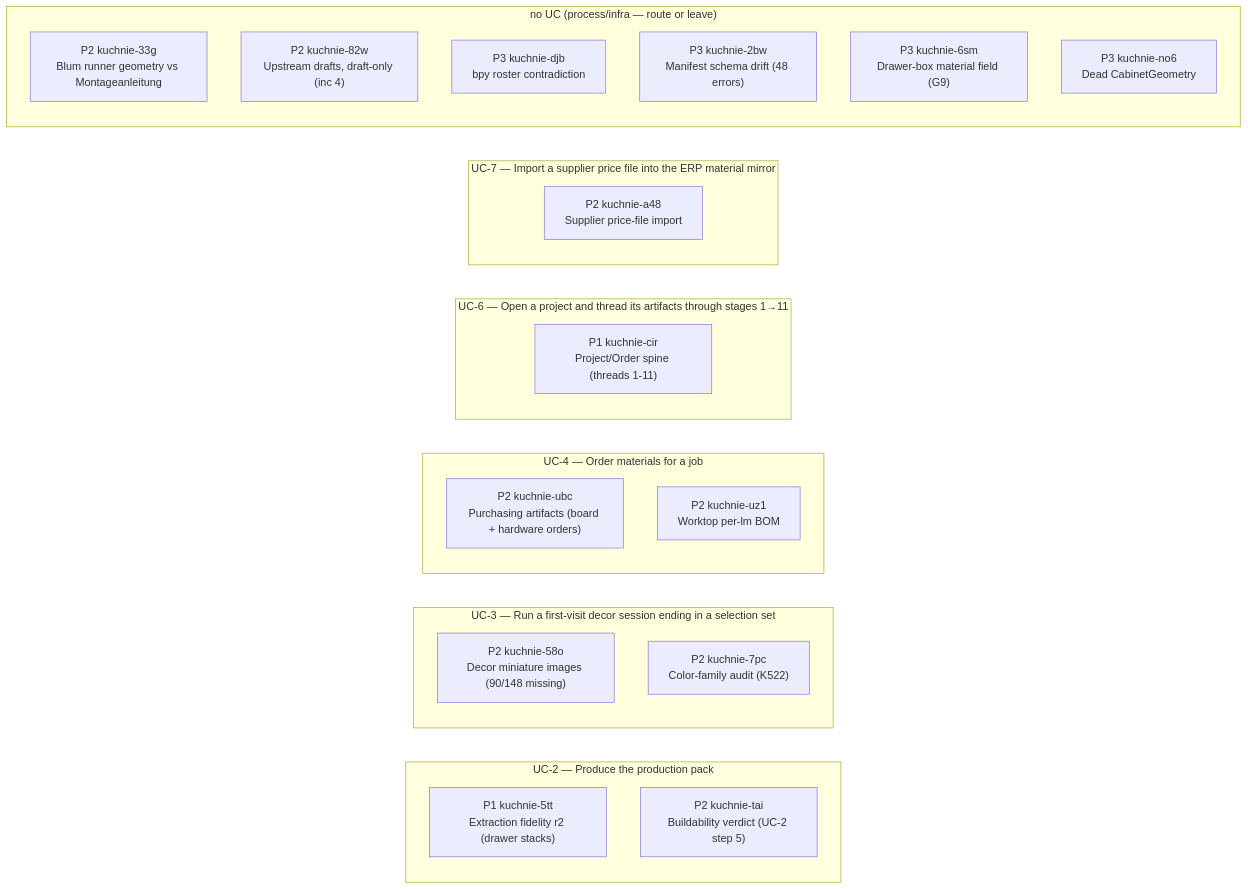
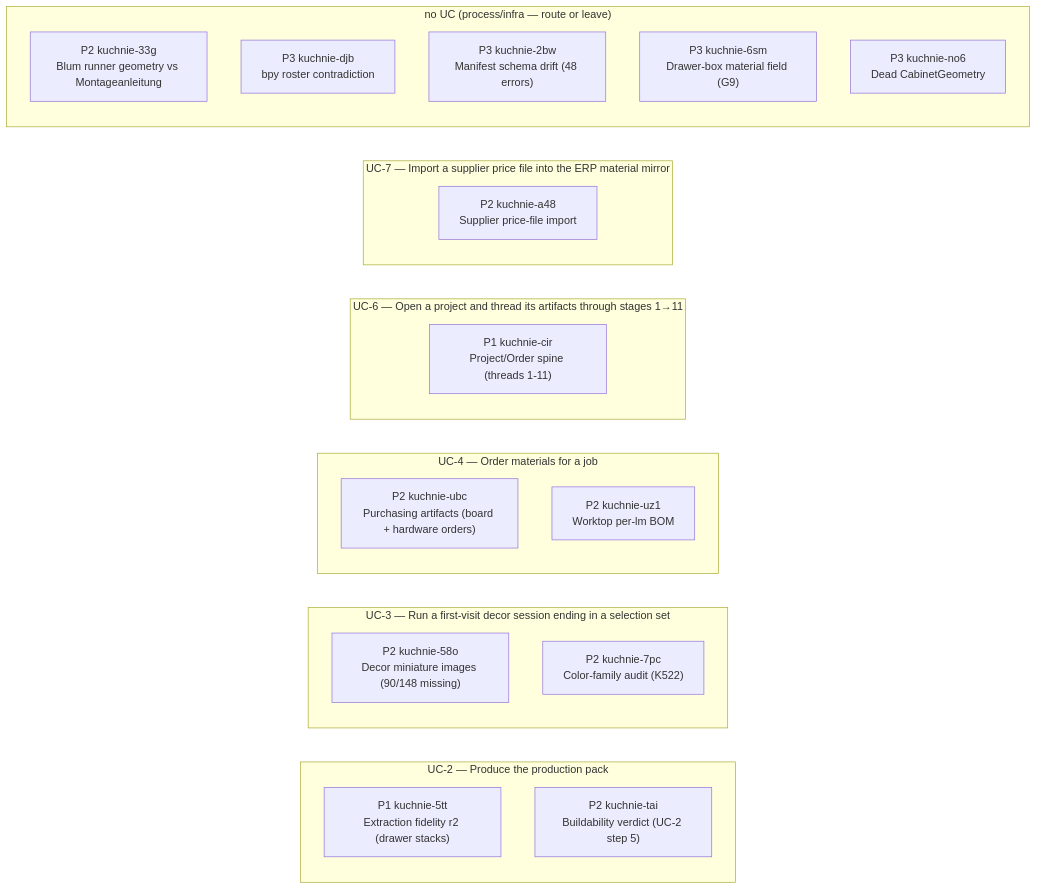
One commit to m1981/kuchnie changed the second of 2 diagrams in STATUS.md. Above: the diagram before and after it, drawn with Mermaid. The commit also changed other lines of this file and 2 other files, not shown here.

Commit message:
truth: inc 4 closed (wk-3894b44c -> tr-6fc8515b); Phase 1 complete; STATUS regenerated

````diff
--- a/STATUS.md
+++ b/STATUS.md
@@ -84,29 +80,28 @@
 ```mermaid
 flowchart LR
     subgraph gUC_2 ["UC-2 — Produce the production pack"]
         u_kuchnie_5tt["P1 kuchnie-5tt<br/>Extraction fidelity r2 (drawer stacks)"]
         u_kuchnie_tai["P2 kuchnie-tai<br/>Buildability verdict (UC-2 step 5)"]
     end
     subgraph gUC_3 ["UC-3 — Run a first-visit decor session ending in a selection set"]
         u_kuchnie_58o["P2 kuchnie-58o<br/>Decor miniature images (90/148 missing)"]
         u_kuchnie_7pc["P2 kuchnie-7pc<br/>Color-family audit (K522)"]
     end
     subgraph gUC_4 ["UC-4 — Order materials for a job"]
         u_kuchnie_ubc["P2 kuchnie-ubc<br/>Purchasing artifacts (board + hardware orders)"]
         u_kuchnie_uz1["P2 kuchnie-uz1<br/>Worktop per-lm BOM"]
     end
     subgraph gUC_6 ["UC-6 — Open a project and thread its artifacts through stages 1→11"]
         u_kuchnie_cir["P1 kuchnie-cir<br/>Project/Order spine (threads 1-11)"]
     end
     subgraph gUC_7 ["UC-7 — Import a supplier price file into the ERP material mirror"]
         u_kuchnie_a48["P2 kuchnie-a48<br/>Supplier price-file import"]
     end
     subgraph g_none ["no UC (process/infra — route or leave)"]
         u_kuchnie_33g["P2 kuchnie-33g<br/>Blum runner geometry vs Montageanleitung"]
-        u_kuchnie_82w["P2 kuchnie-82w<br/>Upstream drafts, draft-only (inc 4)"]
         u_kuchnie_djb["P3 kuchnie-djb<br/>bpy roster contradiction"]
         u_kuchnie_2bw["P3 kuchnie-2bw<br/>Manifest schema drift (48 errors)"]
         u_kuchnie_6sm["P3 kuchnie-6sm<br/>Drawer-box material field (G9)"]
         u_kuchnie_no6["P3 kuchnie-no6<br/>Dead CabinetGeometry"]
     end
 ```
````
